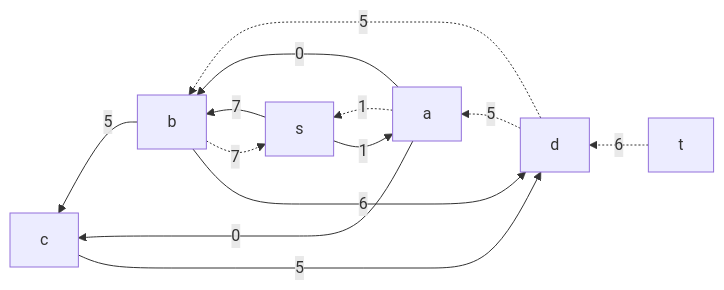
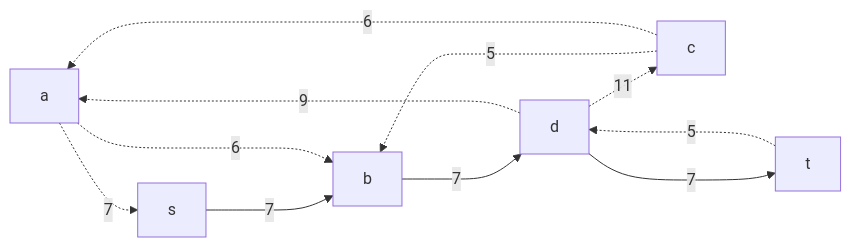
One commit to hse-algo-24-crow/manual-tasks-crow changed the third of 9 diagrams in task-10/Milty-task-10.md. Above: the diagram before and after it, drawn with Mermaid. The commit also changed other lines of this file, not shown here.

````diff
--- a/task-10/Milty-task-10.md
+++ b/task-10/Milty-task-10.md
@@ -42,8 +61,13 @@
 ```mermaid
-graph RL
-    t-.->|6|d-.->|5|a-.->|1|s
-    d-.->|5|b-.->|7|s
-    s-->|1|a-->|0|b-->|6|d
-    s-->|7|b-->|5|c
-    a-->|0|c-->|5|d
+graph LR
+    a-.->|7|s
+    s--->|7|b
+    b--->|7|d
+    a-.->|6|b
+    c-.->|5|b
+    d-.->|11|c
+    c-.->|6|a
+    d-.->|9|a
+    t-.->|5|d
+    d--->|7|t
 ```
````
